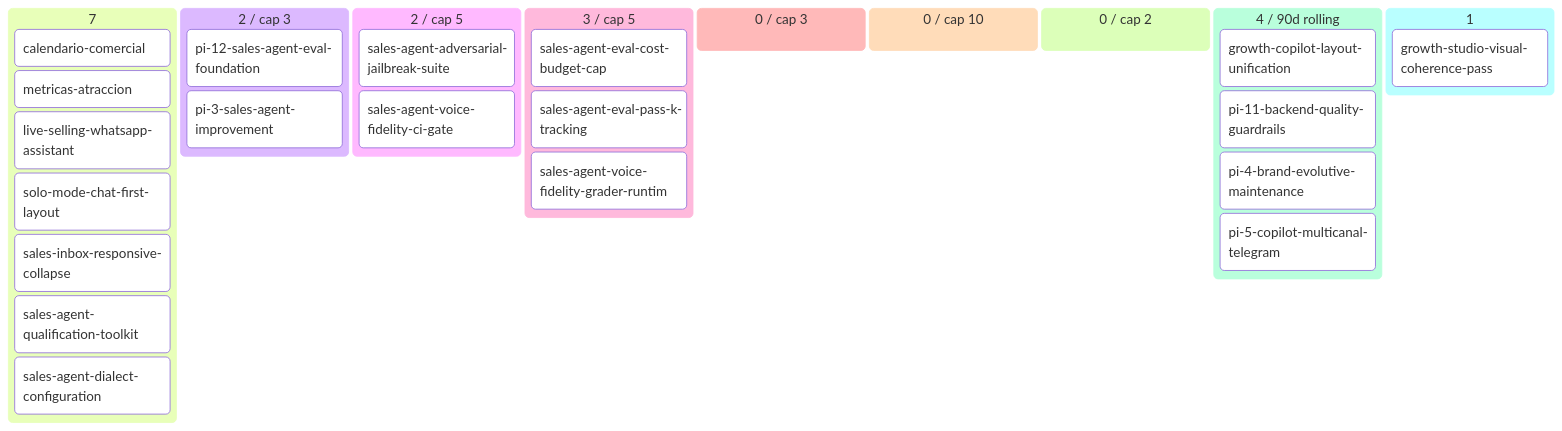
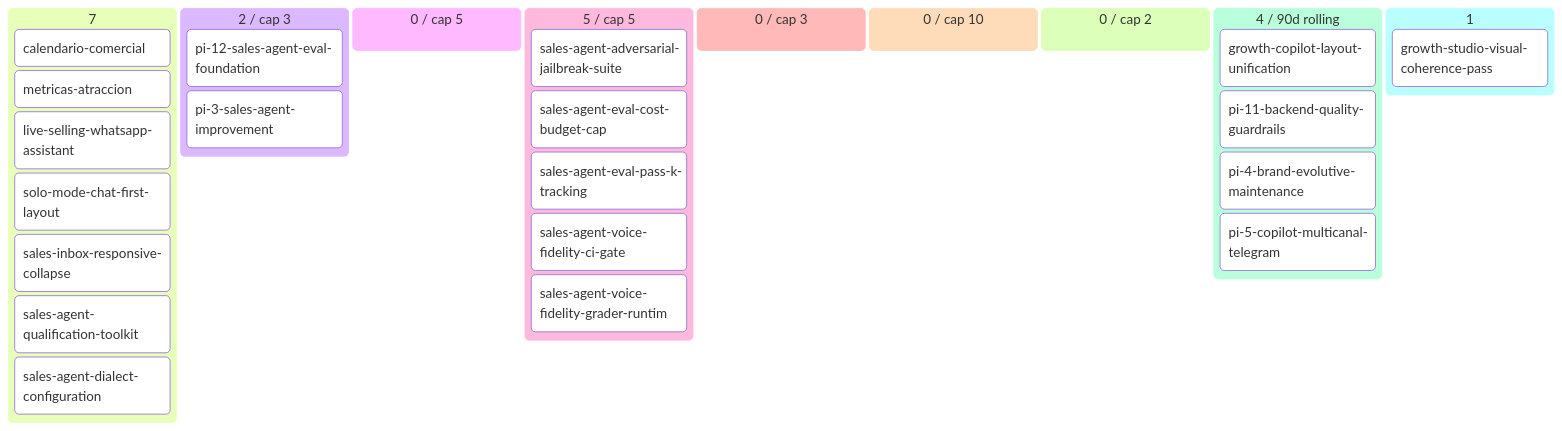
One commit to alpacapurpura/ap_sales_agent changed the diagram in docs/product/BACKLOG.md. Above: the diagram before and after it, drawn with Mermaid. The commit also changed other lines of this file and 6 other files, not shown here.

First line of the commit message:
feat(adversarial-jailbreak): /architect ready package Story I sales-agent-adversarial-jailbreak-suite

````diff
--- a/docs/product/BACKLOG.md
+++ b/docs/product/BACKLOG.md
@@ -55,31 +56,31 @@
 ```mermaid
 kanban
   💡 Ideas (7)
     calendario-comercial[calendario-comercial]
     metricas-atraccion[metricas-atraccion]
     live-selling-whatsapp-assistan[live-selling-whatsapp-assistant]
     solo-mode-chat-first-layout[solo-mode-chat-first-layout]
     sales-inbox-responsive-collaps[sales-inbox-responsive-collapse]
     sales-agent-qualification-tool[sales-agent-qualification-toolkit]
     sales-agent-dialect-configurat[sales-agent-dialect-configuration]
   🔬 Refining (2 / cap 3)
     pi-12-sales-agent-eval-foundat[pi-12-sales-agent-eval-foundation]
     pi-3-sales-agent-improvement[pi-3-sales-agent-improvement]
-  ✅ Refined (2 / cap 5)
+  ✅ Refined (0 / cap 5)
+  📦 Ready (5 / cap 5)
     sales-agent-adversarial-jailbr[sales-agent-adversarial-jailbreak-suite]
-    sales-agent-voice-fidelity-ci-[sales-agent-voice-fidelity-ci-gate]
-  📦 Ready (3 / cap 5)
     sales-agent-eval-cost-budget-c[sales-agent-eval-cost-budget-cap]
     sales-agent-eval-pass-k-tracki[sales-agent-eval-pass-k-tracking]
+    sales-agent-voice-fidelity-ci-[sales-agent-voice-fidelity-ci-gate]
     sales-agent-voice-fidelity-gra[sales-agent-voice-fidelity-grader-runtim]
   🔨 Developing (0 / cap 3)
   🧪 Developed (0 / cap 10)
   🔍 Reviewing (0 / cap 2)
   ✅ Done (4 / 90d rolling)
     growth-copilot-layout-unificat[growth-copilot-layout-unification]
     pi-11-backend-quality-guardrai[pi-11-backend-quality-guardrails]
     pi-4-brand-evolutive-maintenan[pi-4-brand-evolutive-maintenance]
     pi-5-copilot-multicanal-telegr[pi-5-copilot-multicanal-telegram]
   🅿 Parked (1)
     growth-studio-visual-coherence[growth-studio-visual-coherence-pass]
 ```
````
